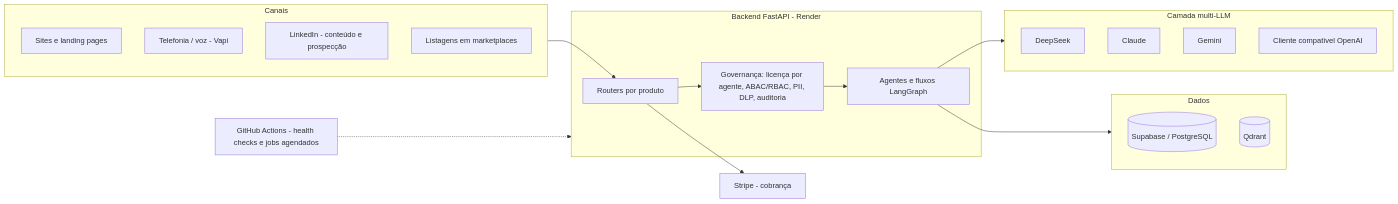
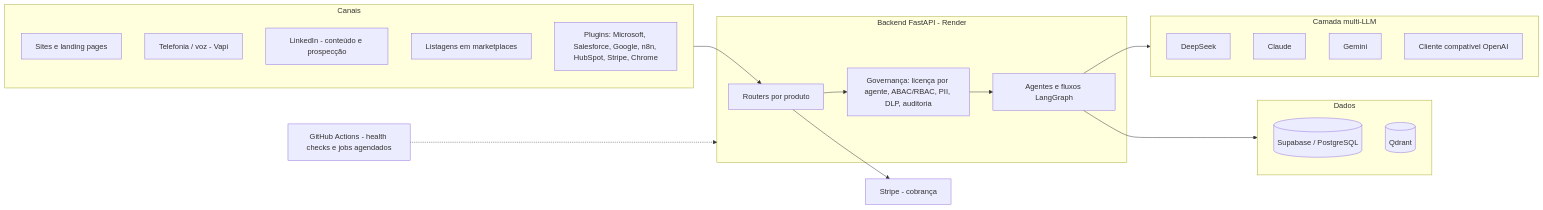
Before and after one commit to carruda-Global/aion-showcase: the diagram in README.md, drawn with Mermaid. The commit also changed other lines of this file and 2 other files, not shown here.

````diff
--- a/README.md
+++ b/README.md
@@ -11,29 +11,30 @@
 ```mermaid
 flowchart LR
   subgraph Canais
     S[Sites e landing pages]
     V[Telefonia / voz - Vapi]
     L[LinkedIn - conteúdo e prospecção]
     M[Listagens em marketplaces]
+    PL[Plugins: Microsoft, Salesforce, Google, n8n, HubSpot, Stripe, Chrome]
   end
   subgraph Backend[Backend FastAPI - Render]
     R[Routers por produto]
     G[Governança: licença por agente, ABAC/RBAC, PII, DLP, auditoria]
     A[Agentes e fluxos LangGraph]
   end
   subgraph LLMs[Camada multi-LLM]
     D[DeepSeek]
     C[Claude]
     GE[Gemini]
     O[Cliente compatível OpenAI]
   end
   subgraph Dados
     P[(Supabase / PostgreSQL)]
     Q[(Qdrant)]
   end
   ST[Stripe - cobrança]
   Canais --> R --> G --> A --> LLMs
   A --> Dados
   R --> ST
   GH[GitHub Actions - health checks e jobs agendados] -.-> Backend
 ```
````
